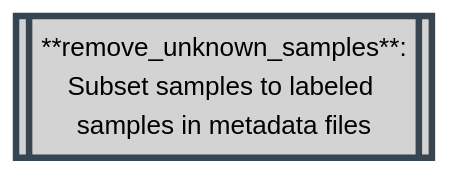
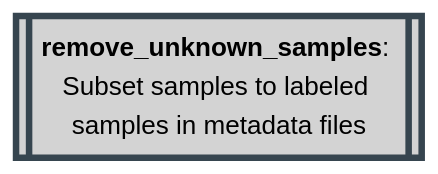
Before and after one commit to Tuks-ICMM/Pharmacogenetic-Analysis-Pipeline: the ninth of 30 diagrams in docs/02-workflow/02-methodology.md, drawn with Mermaid. The commit also changed other lines of this file, not shown here.

````diff
--- a/docs/02-workflow/02-methodology.md
+++ b/docs/02-workflow/02-methodology.md
@@ -703,9 +456,7 @@
   ```mermaid
   flowchart TD
+    remove_unknown_samples[[<b>remove_unknown_samples</b>: <br>Subset samples to labeled <br>samples in metadata files]]
+
     classDef plink stroke:#36454F,fill:#D3D3D3,stroke-width:4px,color:black;
-
-    remove_unknown_samples[[**remove_unknown_samples**:
-Subset samples to labeled samples in metadata files]]
-
     class remove_unknown_samples plink;
   ```
````
